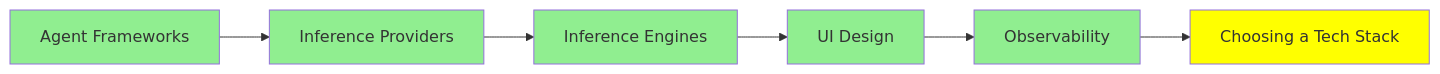
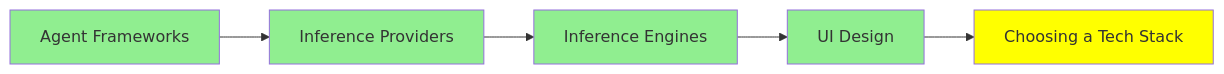
The diagram in mini-courses/4_ecosystem/choosing_tech_stack.md (lokumai/ai-engineering-bazaar), drawn with Mermaid before and after one commit. The commit also changed other lines of this file and 99 other files, not shown here.

````diff
--- a/mini-courses/4_ecosystem/choosing_tech_stack.md
+++ b/mini-courses/4_ecosystem/choosing_tech_stack.md
@@ -15,14 +15,12 @@
 ```mermaid
 graph LR
     A[Agent Frameworks] --> B[Inference Providers]
     B --> C[Inference Engines]
     C --> D[UI Design]
-    D --> E[Observability]
-    E --> F[Choosing a Tech Stack]
+    D --> E[Choosing a Tech Stack]
     style A fill:#90EE90
     style B fill:#90EE90
     style C fill:#90EE90
     style D fill:#90EE90
-    style E fill:#90EE90
-    style F fill:#FFFF00
+    style E fill:#FFFF00
 ```
````
